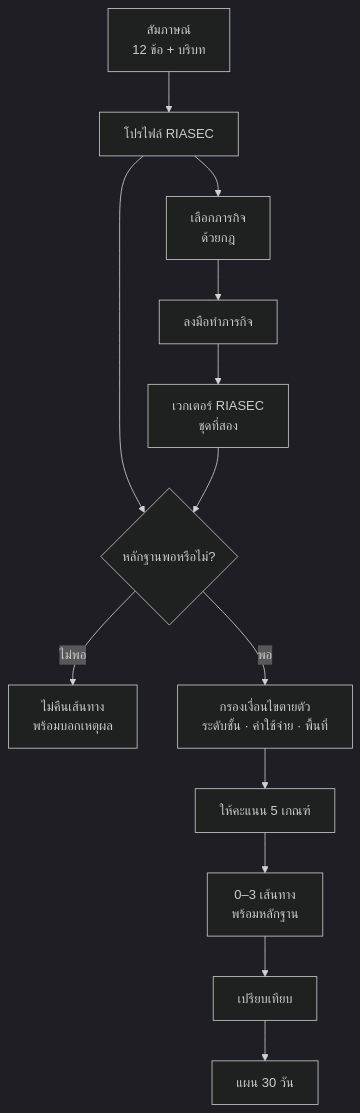
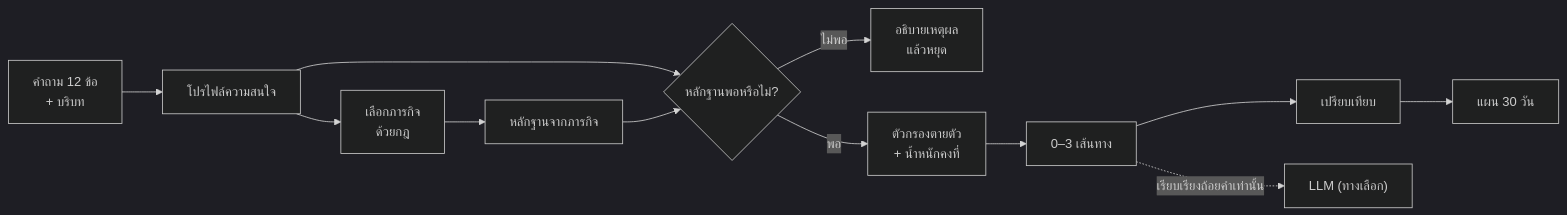
The diagram in READMETH.md (winxtxrgit/futureme-ai), drawn with Mermaid (dark theme) before and after one commit. The commit also changed other lines of this file and 41 other files, not shown here.

````diff
--- a/READMETH.md
+++ b/READMETH.md
@@ -172,15 +133,14 @@
 ```mermaid
-flowchart TD
-    A["สัมภาษณ์<br/>12 ข้อ + บริบท"] --> B["โปรไฟล์ RIASEC"]
+flowchart LR
+    A["คำถาม 12 ข้อ<br/>+ บริบท"] --> B["โปรไฟล์ความสนใจ"]
     B --> C["เลือกภารกิจ<br/>ด้วยกฎ"]
-    C --> D["ลงมือทำภารกิจ"]
-    D --> E["เวกเตอร์ RIASEC<br/>ชุดที่สอง"]
-    B --> F{"หลักฐานพอหรือไม่?"}
-    E --> F
-    F -->|ไม่พอ| G["ไม่คืนเส้นทาง<br/>พร้อมบอกเหตุผล"]
-    F -->|พอ| H["กรองเงื่อนไขตายตัว<br/>ระดับชั้น · ค่าใช้จ่าย · พื้นที่"]
-    H --> I["ให้คะแนน 5 เกณฑ์"]
-    I --> J["0–3 เส้นทาง<br/>พร้อมหลักฐาน"]
-    J --> K["เปรียบเทียบ"]
-    K --> L["แผน 30 วัน"]
+    C --> D["หลักฐานจากภารกิจ"]
+    B --> E{"หลักฐานพอหรือไม่?"}
+    D --> E
+    E -->|"ไม่พอ"| F["อธิบายเหตุผล<br/>แล้วหยุด"]
+    E -->|"พอ"| G["ตัวกรองตายตัว<br/>+ น้ำหนักคงที่"]
+    G --> H["0–3 เส้นทาง"]
+    H --> I["เปรียบเทียบ"]
+    I --> J["แผน 30 วัน"]
+    H -.->|"เรียบเรียงถ้อยคำเท่านั้น"| K["LLM (ทางเลือก)"]
 ```
````
